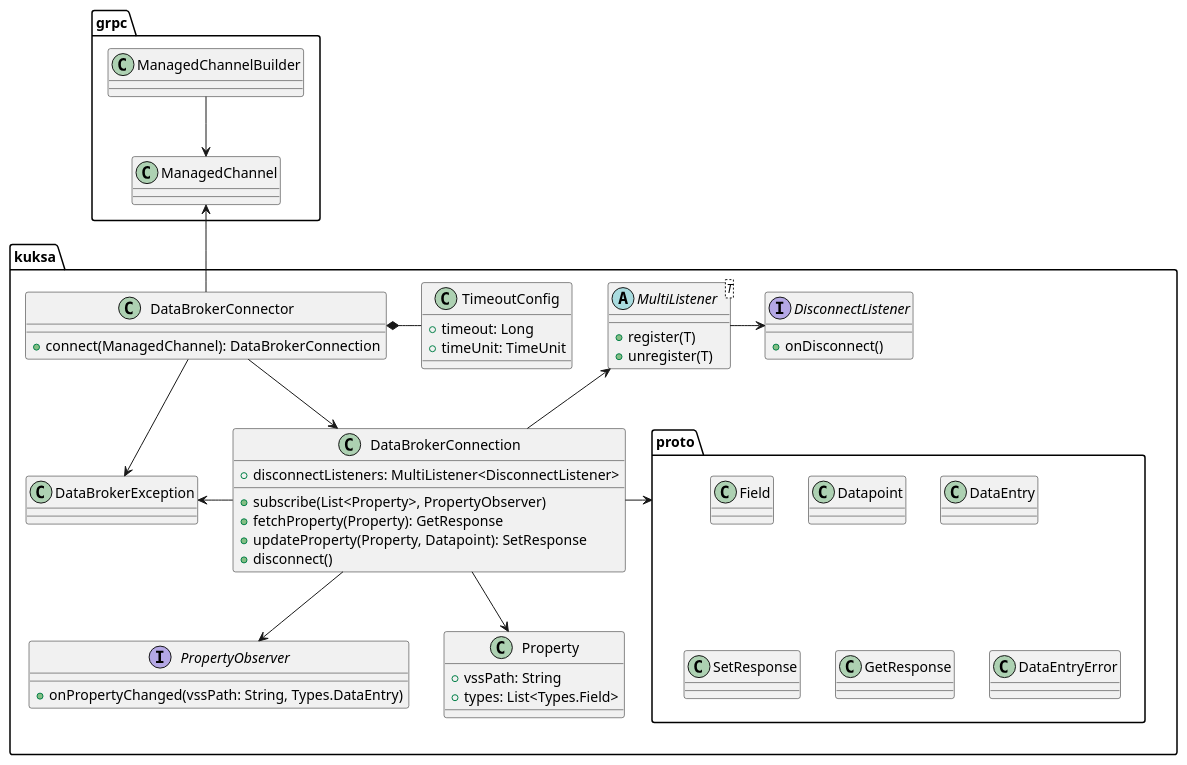
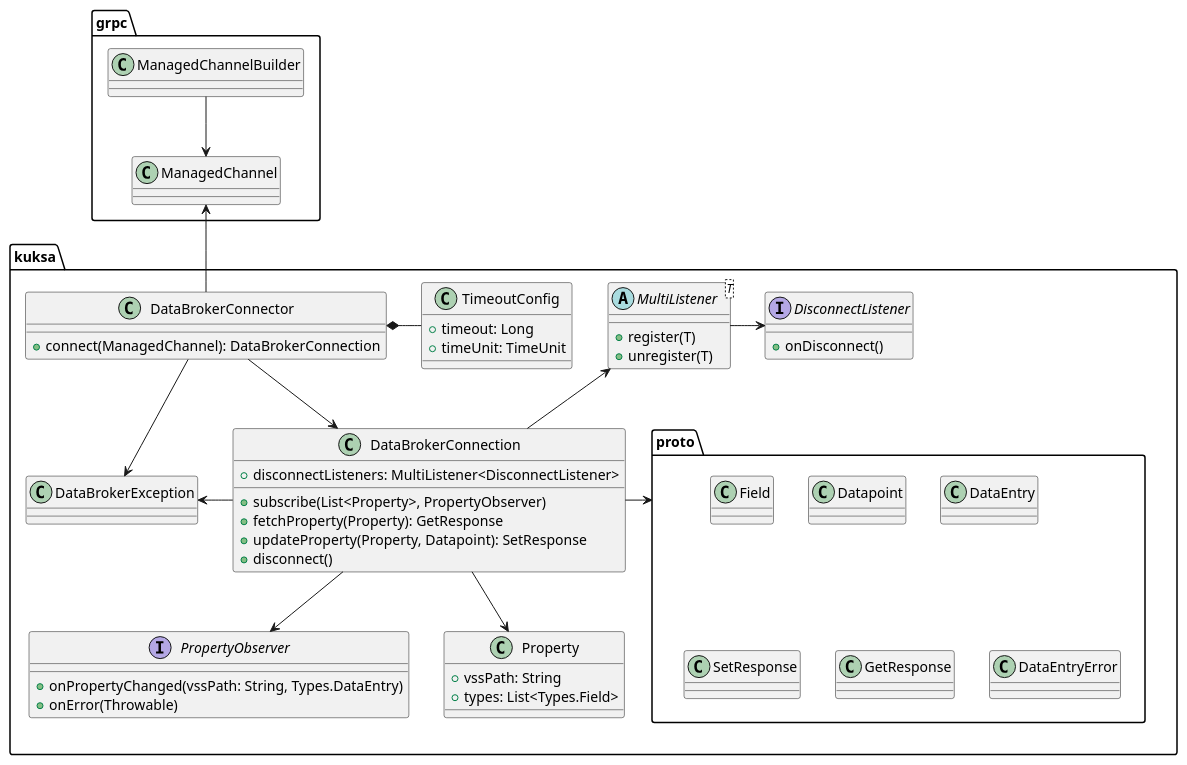
The diagram in docs/kuksa-sdk_class-diagram.puml (eclipse-kuksa/kuksa-android-sdk), drawn with PlantUML before and after one commit. The commit also changed 5 other files, not shown here.

```diff
--- a/docs/kuksa-sdk_class-diagram.puml
+++ b/docs/kuksa-sdk_class-diagram.puml
@@ -1,74 +1,75 @@
 @startuml
 'https://plantuml.com/class-diagram
 
 package grpc {
 
     ManagedChannelBuilder --> ManagedChannel
 
     class ManagedChannel
     class ManagedChannelBuilder
 
 }
 
 package kuksa {
 
     package proto {
         class Field
         class Datapoint
         class DataEntry
         class SetResponse
         class GetResponse
         class DataEntryError
     }
 
     DataBrokerConnector -down-> DataBrokerException
     DataBrokerConnector -down-> DataBrokerConnection
     DataBrokerConnection -down-> PropertyObserver
     DataBrokerConnection -down-> Property
     DataBrokerConnection -left-> DataBrokerException
     DataBrokerConnection -up-> MultiListener
     MultiListener -right-> DisconnectListener
     TimeoutConfig -left-* DataBrokerConnector
 
     class DataBrokerConnector {
         + connect(ManagedChannel): DataBrokerConnection
     }
 
     class TimeoutConfig {
         + timeout: Long
         + timeUnit: TimeUnit
     }
 
     class DataBrokerConnection {
         + disconnectListeners: MultiListener<DisconnectListener>
         + subscribe(List<Property>, PropertyObserver)
         + fetchProperty(Property): GetResponse
         + updateProperty(Property, Datapoint): SetResponse
         + disconnect()
     }
     
     interface PropertyObserver {
         + onPropertyChanged(vssPath: String, Types.DataEntry)
+        + onError(Throwable)
     }
 
     class Property {
         + vssPath: String
         + types: List<Types.Field>
     }
 
     class DataBrokerException
 
     abstract class MultiListener<T> {
         + register(T)
         + unregister(T)
     }
 
     interface DisconnectListener {
         + onDisconnect()
     }
 }
 
 DataBrokerConnector -up-> ManagedChannel
 DataBrokerConnection -right-> proto
 
 @enduml
```
